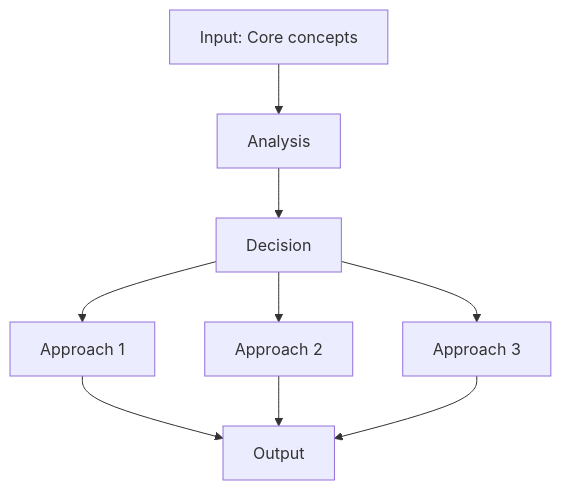
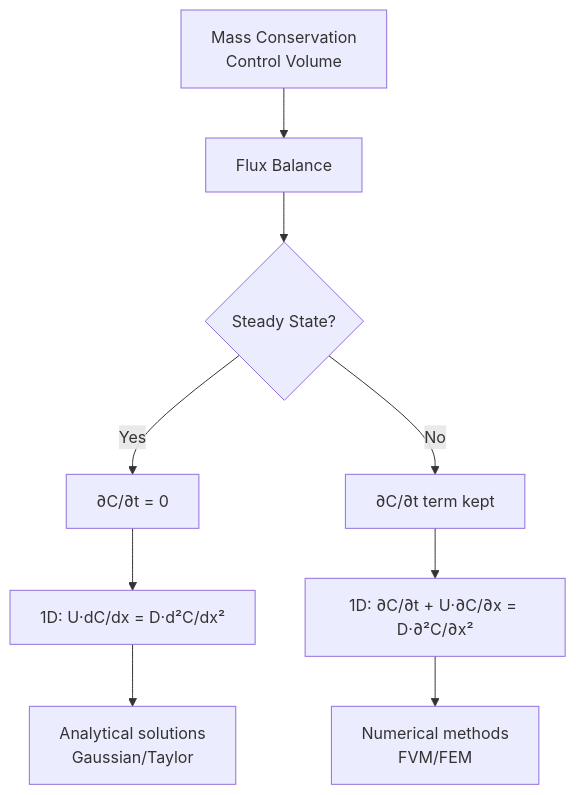
The first of 10 diagrams in MIT_CEE_Core/Track_1_Environment/Fluids_Transport_Engineering/01_1.061_Transport_Processes.md (yip-lgtm/civil-bootcamp), drawn with Mermaid before and after one commit. The commit also changed other lines of this file and 18 other files, not shown here.

````diff
--- a/MIT_CEE_Core/Track_1_Environment/Fluids_Transport_Engineering/01_1.061_Transport_Processes.md
+++ b/MIT_CEE_Core/Track_1_Environment/Fluids_Transport_Engineering/01_1.061_Transport_Processes.md
@@ -95,11 +118,11 @@
 ```mermaid
-graph TD
-    A[Input: Core concepts] --> B[Analysis]
-    B --> C[Decision]
-    C --> D[Approach 1]
-    C --> E[Approach 2]
-    C --> F[Approach 3]
-    D --> G[Output]
-    E --> G
-    F --> G
+flowchart TD
+    A[Mass Conservation<br/>Control Volume] --> B[Flux Balance]
+    B --> C{Steady State?}
+    C -->|Yes| D[∂C/∂t = 0]
+    C -->|No| E[∂C/∂t term kept]
+    D --> F[1D: U·dC/dx = D·d²C/dx²]
+    E --> G[1D: ∂C/∂t + U·∂C/∂x = D·∂²C/∂x²]
+    F --> H[Analytical solutions<br/>Gaussian/Taylor]
+    G --> I[Numerical methods<br/>FVM/FEM]
 ```
````
